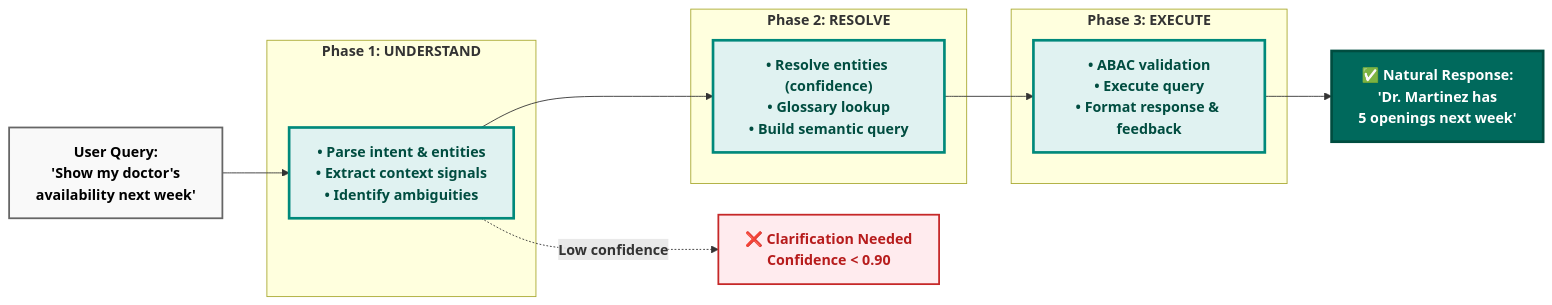
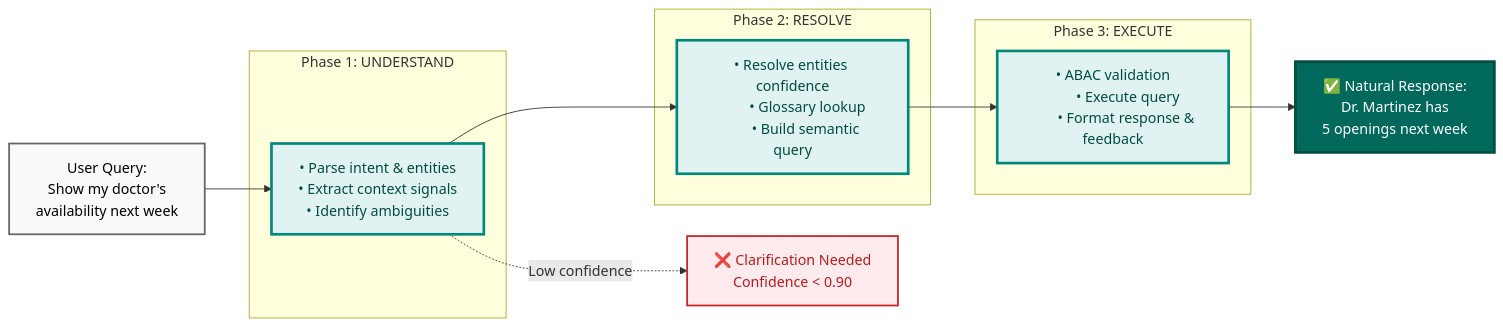
One commit to colaberry/enterprise-data-readiness-ai-agents changed the sixth of 11 diagrams in chapter-02/chapter_2_complete.md. Above: the diagram before and after it, drawn with Mermaid. The commit also changed other lines of this file and 1 other file, not shown here.

First line of the commit message:
sequence diagrams updated with font fixes

````diff
--- a/chapter-02/chapter_2_complete.md
+++ b/chapter-02/chapter_2_complete.md
@@ -814,34 +849,45 @@
 ```mermaid
 graph LR
-    NL["<b>User Query:</b><br/><b>'Show my doctor's</b><br/><b>availability next week'</b>"]
+    NL["User Query:
+    Show my doctor's
+    availability next week"]
     
-    subgraph "<b>Phase 1: UNDERSTAND</b>"
-        P1["<b>• Parse intent & entities</b><br/><b>• Extract context signals</b><br/><b>• Identify ambiguities</b>"]
+    subgraph "Phase 1: UNDERSTAND"
+        P1["• Parse intent & entities
+        • Extract context signals
+        • Identify ambiguities"]
     end
     
-    subgraph "<b>Phase 2: RESOLVE</b>"
-        P2["<b>• Resolve entities (confidence)</b><br/><b>• Glossary lookup</b><br/><b>• Build semantic query</b>"]
+    subgraph "Phase 2: RESOLVE"
+        P2["• Resolve entities confidence
+        • Glossary lookup
+        • Build semantic query"]
     end
     
-    subgraph "<b>Phase 3: EXECUTE</b>"
-        P3["<b>• ABAC validation</b><br/><b>• Execute query</b><br/><b>• Format response & feedback</b>"]
+    subgraph "Phase 3: EXECUTE"
+        P3["• ABAC validation
+        • Execute query
+        • Format response & feedback"]
     end
     
-    CLARIFY["<b>❌ Clarification Needed</b><br/><b>Confidence < 0.90</b>"]
+    CLARIFY["❌ Clarification Needed
+    Confidence < 0.90"]
     
-    RESULT["<b>✅ Natural Response:</b><br/><b>'Dr. Martinez has</b><br/><b>5 openings next week'</b>"]
+    RESULT["✅ Natural Response:
+    Dr. Martinez has
+    5 openings next week"]
     
     NL --> P1
     P1 --> P2
     P2 --> P3
     P3 --> RESULT
     
-    P1 -.->|<b>Low confidence</b>| CLARIFY
+    P1 -.->|Low confidence| CLARIFY
     
     style P1 fill:#e0f2f1,stroke:#00897b,stroke-width:3px,color:#004d40
     style P2 fill:#e0f2f1,stroke:#00897b,stroke-width:3px,color:#004d40
     style P3 fill:#e0f2f1,stroke:#00897b,stroke-width:3px,color:#004d40
     style RESULT fill:#00695c,color:#ffffff,stroke:#004d40,stroke-width:3px
     style CLARIFY fill:#ffebee,stroke:#c62828,stroke-width:2px,color:#b71c1c
     style NL fill:#f9f9f9,stroke:#666666,stroke-width:2px,color:#000000
 ```
````
